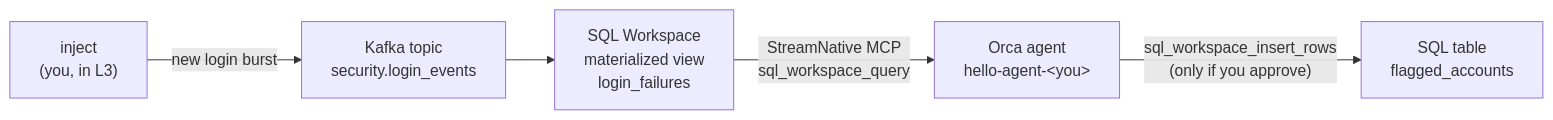
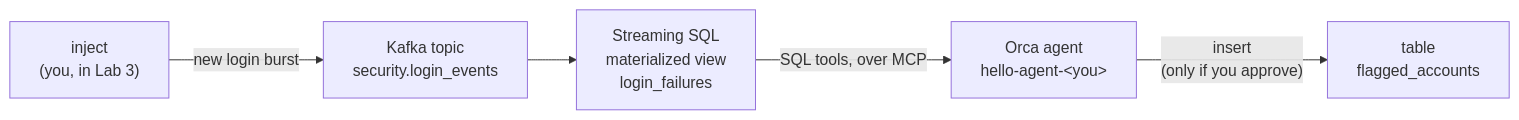
One commit to streamnative/dataplusagent-hackathon-tutorial changed the diagram in README.md. Above: the diagram before and after it, drawn with Mermaid. The commit also changed other lines of this file and 96 other files, not shown here.

````diff
--- a/README.md
+++ b/README.md
@@ -19,7 +14,7 @@
 ```mermaid
 flowchart LR
-    K["Kafka topic<br/>security.login_events"] --> S["SQL Workspace<br/>materialized view<br/>login_failures"]
-    J["inject<br/>(you, in L3)"] -- "new login burst" --> K
-    S -- "StreamNative MCP<br/>sql_workspace_query" --> A["Orca agent<br/>hello-agent-&lt;you&gt;"]
-    A -- "sql_workspace_insert_rows<br/>(only if you approve)" --> F["SQL table<br/>flagged_accounts"]
+    K["Kafka topic<br/>security.login_events"] --> S["Streaming SQL<br/>materialized view<br/>login_failures"]
+    J["inject<br/>(you, in Lab 3)"] -- "new login burst" --> K
+    S -- "SQL tools, over MCP" --> A["Orca agent<br/>hello-agent-&lt;you&gt;"]
+    A -- "insert<br/>(only if you approve)" --> F["table<br/>flagged_accounts"]
 ```
````
